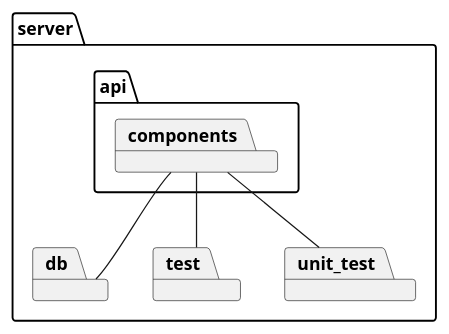
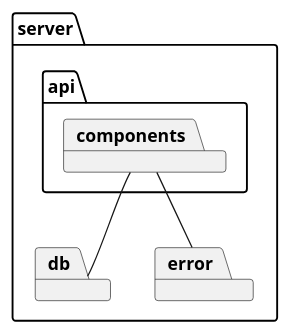
Before and after one commit to stefanodevenuto/ezwh: the first of 16 diagrams in DesignDocument.md, drawn with PlantUML. The commit also changed other lines of this file and 1 other file, not shown here.

Commit message:
update DesignDocument.md with SKU, SKUItem, Position, Test Descriptor and Test Result

````diff
--- a/DesignDocument.md
+++ b/DesignDocument.md
@@ -44,16 +55,14 @@
 ```plantuml
 @startuml HighLevelDesign
 package server {
     package api {
         package components
     }
     package db
-    package test
-    package unit_test
+    package error
 }
 
 components -- db
-components -- test
-components -- unit_test
+components -- error
 @enduml
 ```
````
